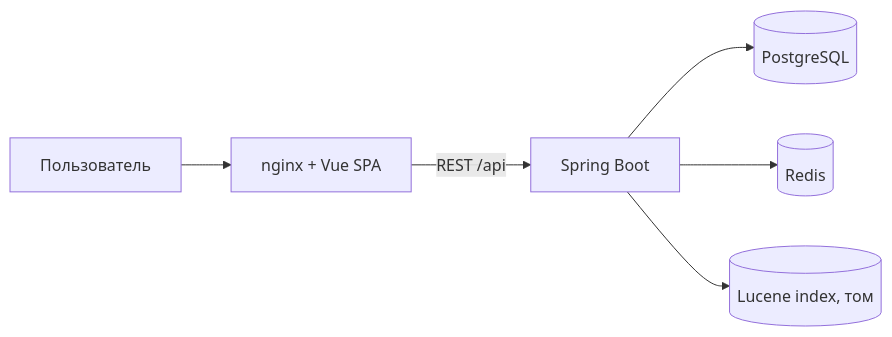
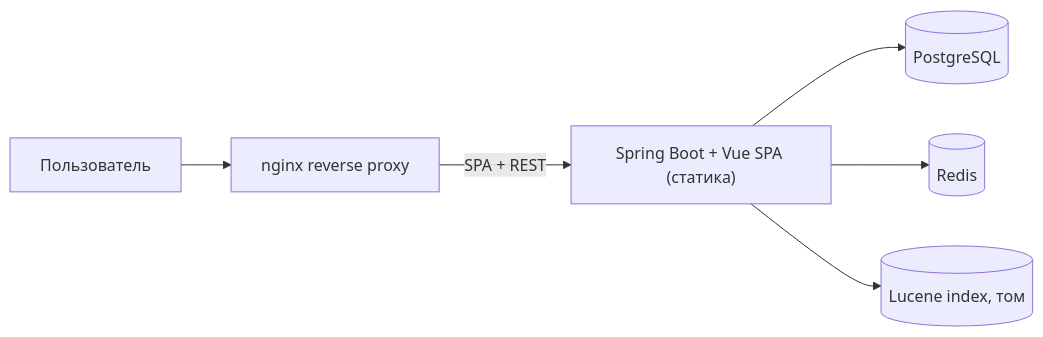
One commit to AlSovg/data-wiki changed the diagram in docs/system-design.md. Above: the diagram before and after it, drawn with Mermaid. The commit also changed 7 other files, not shown here.

Commit message:
Serve Vue SPA from Spring Boot, nginx as plain reverse proxy

````diff
--- a/docs/system-design.md
+++ b/docs/system-design.md
@@ -11,8 +11,8 @@
 ```mermaid
 flowchart LR
-    U[Пользователь] --> N[nginx + Vue SPA]
-    N -->|REST /api| A[Spring Boot]
+    U[Пользователь] --> N[nginx reverse proxy]
+    N -->|SPA + REST| A["Spring Boot + Vue SPA (статика)"]
     A --> PG[(PostgreSQL)]
     A --> R[(Redis)]
     A --> L[(Lucene index, том)]
 ```
````
